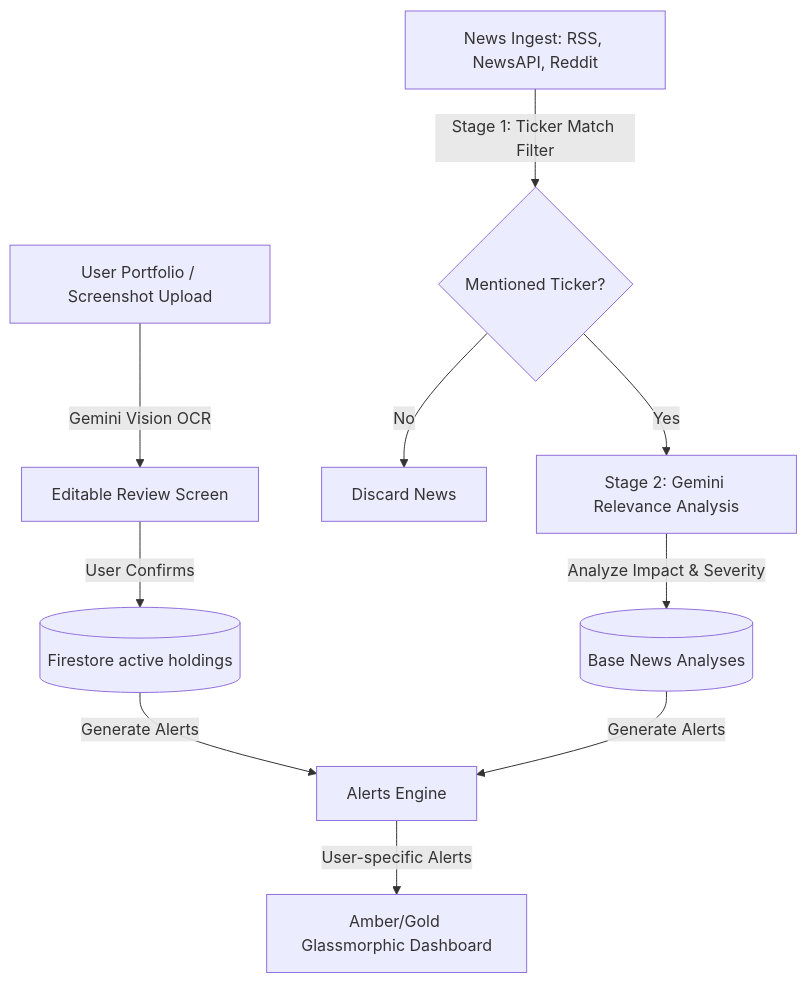
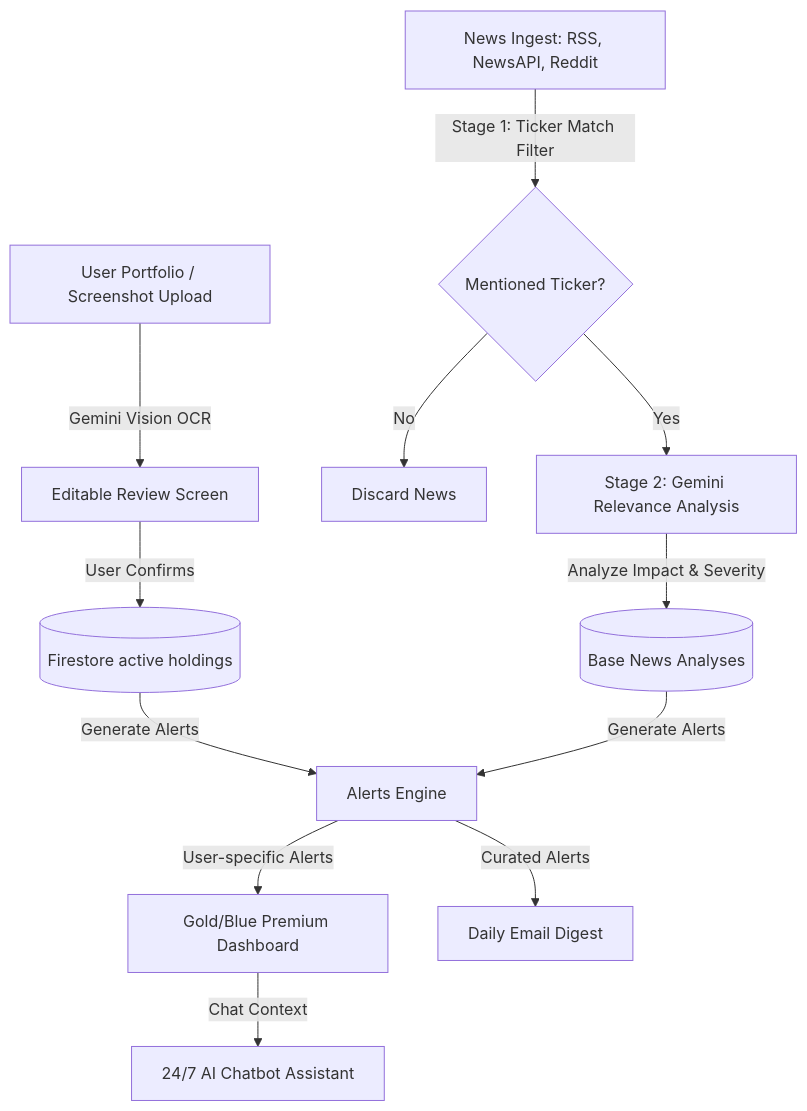
The diagram in docs/ProblemStatement.md (Gaurav0801Rai/FinSage), drawn with Mermaid before and after one commit. The commit also changed other lines of this file and 40 other files, not shown here.

````diff
--- a/docs/ProblemStatement.md
+++ b/docs/ProblemStatement.md
@@ -66,11 +66,13 @@
 ```mermaid
 graph TD
     A[User Portfolio / Screenshot Upload] -->|Gemini Vision OCR| B[Editable Review Screen]
     B -->|User Confirms| C[(Firestore active holdings)]
     D[News Ingest: RSS, NewsAPI, Reddit] -->|Stage 1: Ticker Match Filter| E{Mentioned Ticker?}
     E -->|No| F[Discard News]
     E -->|Yes| G[Stage 2: Gemini Relevance Analysis]
     G -->|Analyze Impact & Severity| H[(Base News Analyses)]
     C & H -->|Generate Alerts| I[Alerts Engine]
-    I -->|User-specific Alerts| J[Amber/Gold Glassmorphic Dashboard]
+    I -->|User-specific Alerts| J[Gold/Blue Premium Dashboard]
+    J -->|Chat Context| K[24/7 AI Chatbot Assistant]
+    I -->|Curated Alerts| L[Daily Email Digest]
 ```
````
